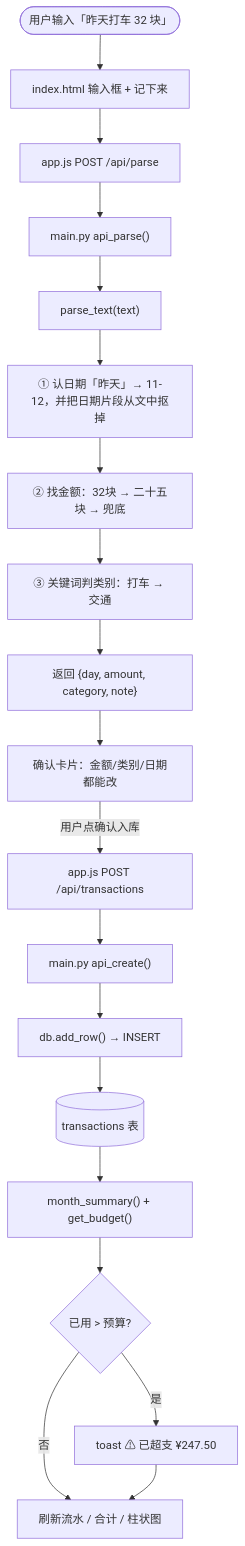
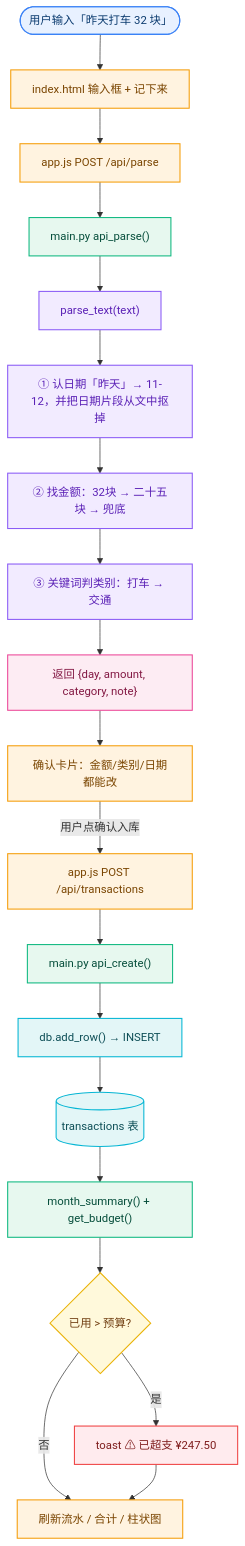
The first of 2 diagrams in docs/流程图.md (me648648648/money-trace-ai), drawn with Mermaid before and after one commit. The commit also changed other lines of this file, not shown here.

Commit message:
流程图的优化

````diff
--- a/docs/流程图.md
+++ b/docs/流程图.md
@@ -7,21 +7,32 @@
 ```mermaid
+%% 配色约定：一个颜色代表一层，读图先看颜色就知道卡在哪一层
+%% 蓝=入口  橙=前端  绿=后端路由  紫=解析  粉=返回给前端的东西  青=数据  黄=判断  红=告警
 flowchart TD
-  U(["用户输入「昨天打车 32 块」"]) --> A1["index.html 输入框 + 记下来"]
-  A1 --> A2["app.js POST /api/parse"]
-  A2 --> R1["main.py api_parse()"]
-  R1 --> P1["parse_text(text)"]
-  P1 --> P2["① 认日期「昨天」→ 11-12，并把日期片段从文中抠掉"]
-  P2 --> P3["② 找金额：32块 → 二十五块 → 兜底"]
-  P3 --> P4["③ 关键词判类别：打车 → 交通"]
-  P4 --> OUT["返回 {day, amount, category, note}"]
-  OUT --> A3["确认卡片：金额/类别/日期都能改"]
-  A3 -->|用户点确认入库| A4["app.js POST /api/transactions"]
-  A4 --> R2["main.py api_create()"]
-  R2 --> D1["db.add_row() → INSERT"]
-  D1 --> D2[("transactions 表")]
-  D2 --> D3["month_summary() + get_budget()"]
-  D3 --> W{"已用 > 预算?"}
-  W -->|是| A5["toast ⚠ 已超支 ¥247.50"]
-  W -->|否| A6["刷新流水 / 合计 / 柱状图"]
+  U(["用户输入「昨天打车 32 块」"]):::entry --> A1["index.html 输入框 + 记下来"]:::front
+  A1 --> A2["app.js POST /api/parse"]:::front
+  A2 --> R1["main.py api_parse()"]:::api
+  R1 --> P1["parse_text(text)"]:::parse
+  P1 --> P2["① 认日期「昨天」→ 11-12，并把日期片段从文中抠掉"]:::parse
+  P2 --> P3["② 找金额：32块 → 二十五块 → 兜底"]:::parse
+  P3 --> P4["③ 关键词判类别：打车 → 交通"]:::parse
+  P4 --> OUT["返回 {day, amount, category, note}"]:::out
+  OUT --> A3["确认卡片：金额/类别/日期都能改"]:::front
+  A3 -->|用户点确认入库| A4["app.js POST /api/transactions"]:::front
+  A4 --> R2["main.py api_create()"]:::api
+  R2 --> D1["db.add_row() → INSERT"]:::data
+  D1 --> D2[("transactions 表")]:::data
+  D2 --> D3["month_summary() + get_budget()"]:::api
+  D3 --> W{"已用 > 预算?"}:::decision
+  W -->|是| A5["toast ⚠ 已超支 ¥247.50"]:::warn
+  W -->|否| A6["刷新流水 / 合计 / 柱状图"]:::front
   A5 --> A6
+
+  classDef entry fill:#E8F1FF,stroke:#3B82F6,stroke-width:1.5px,color:#0B3B6F
+  classDef front fill:#FFF3E0,stroke:#F59E0B,stroke-width:1.5px,color:#7A4500
+  classDef api fill:#E7F8EF,stroke:#10B981,stroke-width:1.5px,color:#064E3B
+  classDef parse fill:#F2EBFF,stroke:#8B5CF6,stroke-width:1.5px,color:#5B21B6
+  classDef out fill:#FDECF3,stroke:#EC4899,stroke-width:1.5px,color:#831843
+  classDef data fill:#E3F6F7,stroke:#06B6D4,stroke-width:1.5px,color:#0E4F57
+  classDef decision fill:#FFF9DB,stroke:#EAB308,stroke-width:1.5px,color:#713F12
+  classDef warn fill:#FFEBEE,stroke:#EF4444,stroke-width:1.5px,color:#7F1D1D
 ```
````
